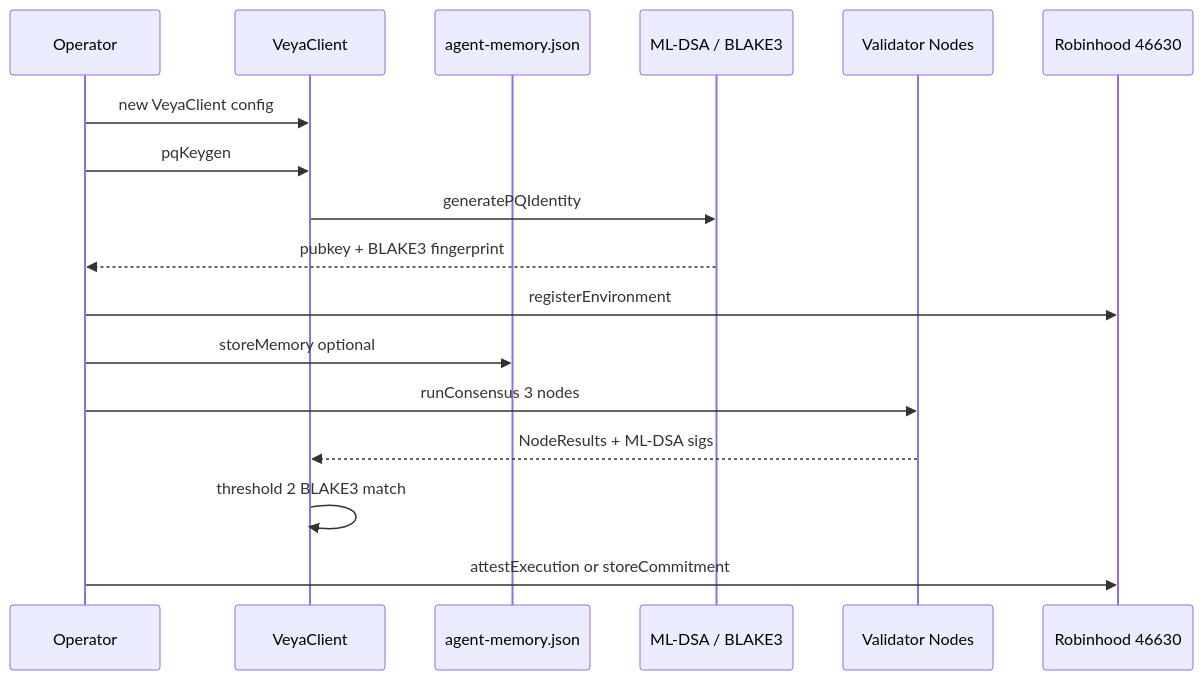
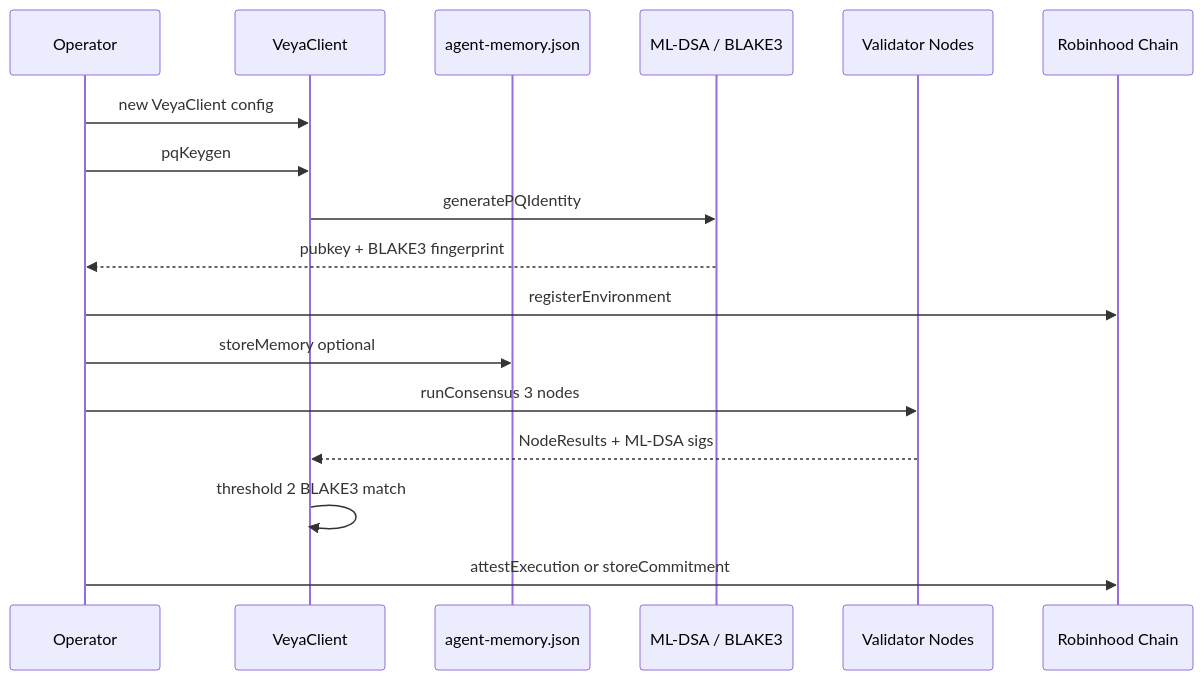
One commit to veyanet/veya-sdk changed the ninth of 13 diagrams in docs/ARCHITECTURE.md. Above: the diagram before and after it, drawn with Mermaid. The commit also changed other lines of this file, not shown here.

Commit message:
docs: describe mainnet default in architecture notes

````diff
--- a/docs/ARCHITECTURE.md
+++ b/docs/ARCHITECTURE.md
@@ -706,20 +719,20 @@
 ```mermaid
 sequenceDiagram
     participant Op as Operator
     participant SDK as VeyaClient
     participant Store as agent-memory.json
     participant PQ as ML-DSA / BLAKE3
     participant Val as Validator Nodes
-    participant Chain as Robinhood 46630
+    participant Chain as Robinhood Chain
 
     Op->>SDK: new VeyaClient config
     Op->>SDK: pqKeygen
     SDK->>PQ: generatePQIdentity
     PQ-->>Op: pubkey + BLAKE3 fingerprint
     Op->>Chain: registerEnvironment
     Op->>Store: storeMemory optional
     Op->>Val: runConsensus 3 nodes
     Val-->>SDK: NodeResults + ML-DSA sigs
     SDK->>SDK: threshold 2 BLAKE3 match
     Op->>Chain: attestExecution or storeCommitment
 ```
````
